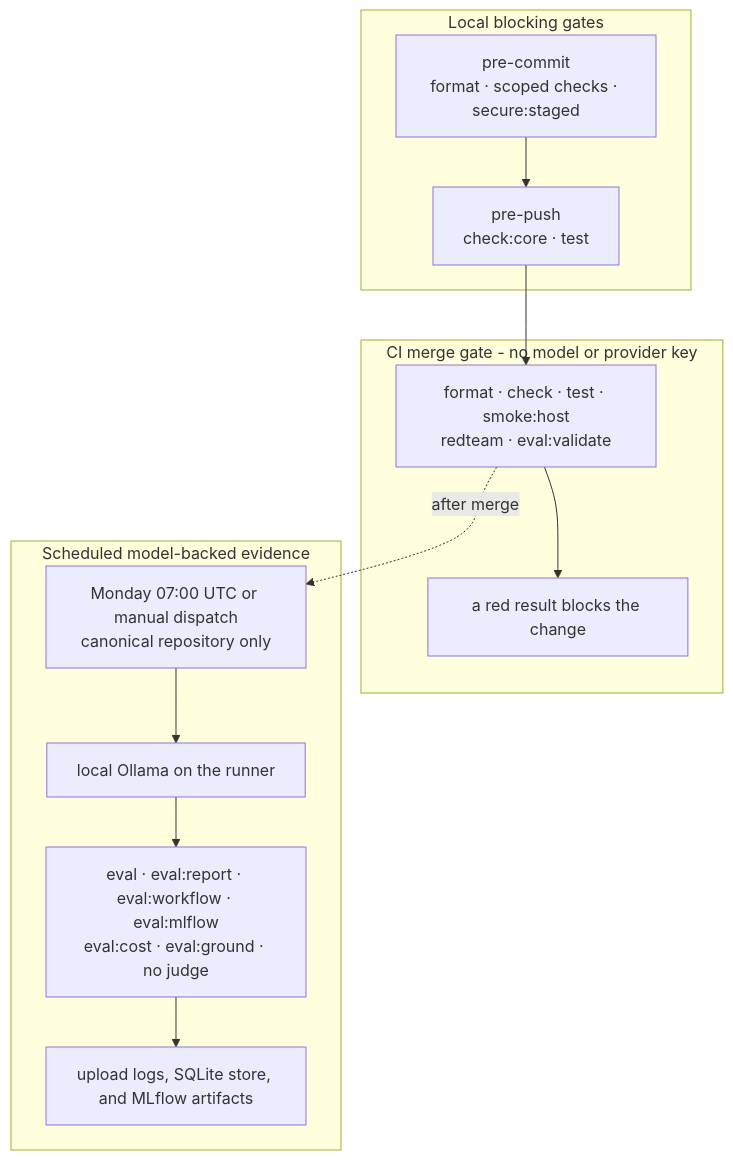
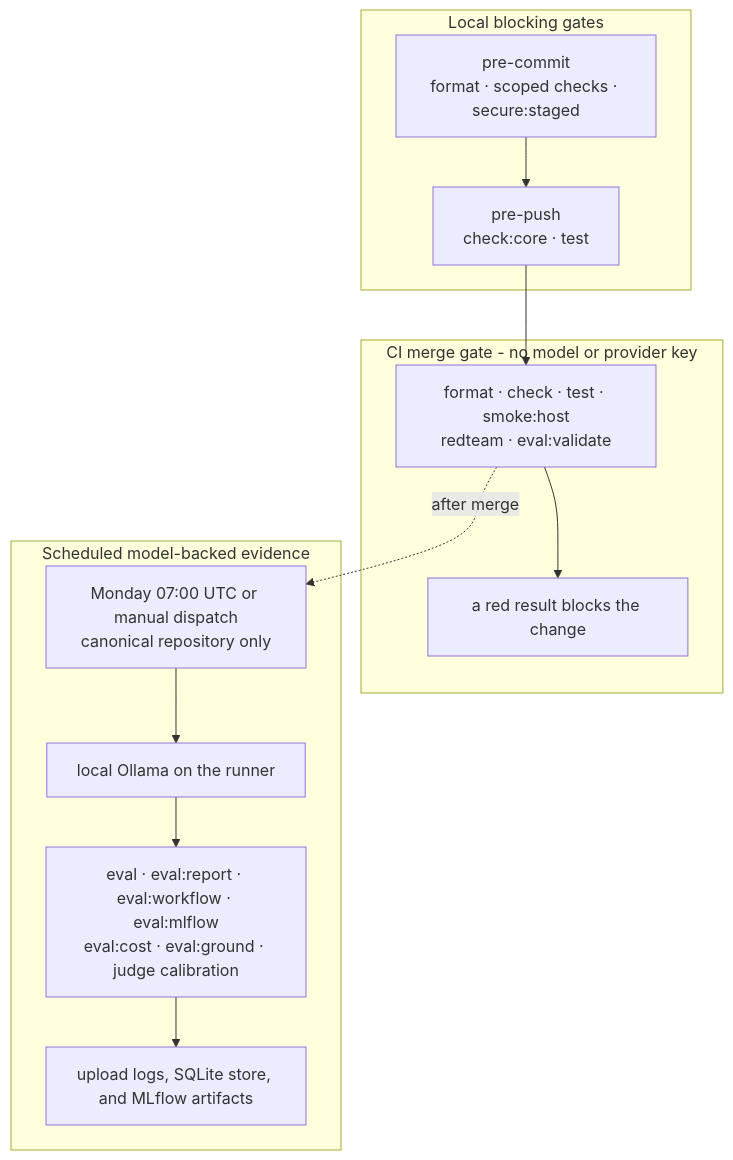
The first of 4 diagrams in docs/4. Quality/4.4. Evaluations.md (LuiGGi629/agentops-open-course), drawn with Mermaid before and after one commit. The commit also changed other lines of this file and 20 other files, not shown here.

````diff
--- a/docs/4. Quality/4.4. Evaluations.md
+++ b/docs/4. Quality/4.4. Evaluations.md
@@ -57,22 +57,22 @@
 ```mermaid
 flowchart TD
     subgraph local["Local blocking gates"]
         PC["pre-commit<br/>format · scoped checks · secure:staged"]
         PP["pre-push<br/>check:core · test"]
         PC --> PP
     end
     subgraph ci["CI merge gate - no model or provider key"]
         CI["format · check · test · smoke:host<br/>redteam · eval:validate"]
         Block["a red result blocks the change"]
         CI --> Block
     end
     subgraph evidence["Scheduled model-backed evidence"]
         Schedule["Monday 07:00 UTC or manual dispatch<br/>canonical repository only"]
         Ollama["local Ollama on the runner"]
-        Runs["eval · eval:report · eval:workflow · eval:mlflow<br/>eval:cost · eval:ground · no judge"]
+        Runs["eval · eval:report · eval:workflow · eval:mlflow<br/>eval:cost · eval:ground · judge calibration"]
         Artifacts["upload logs, SQLite store, and MLflow artifacts"]
         Schedule --> Ollama --> Runs --> Artifacts
     end
     PP --> CI
     CI -. after merge .-> Schedule
 ```
````
